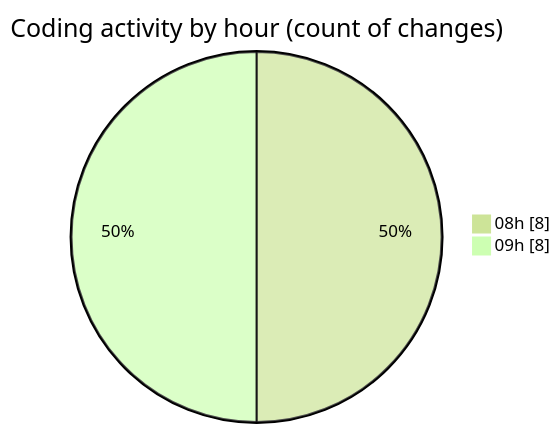
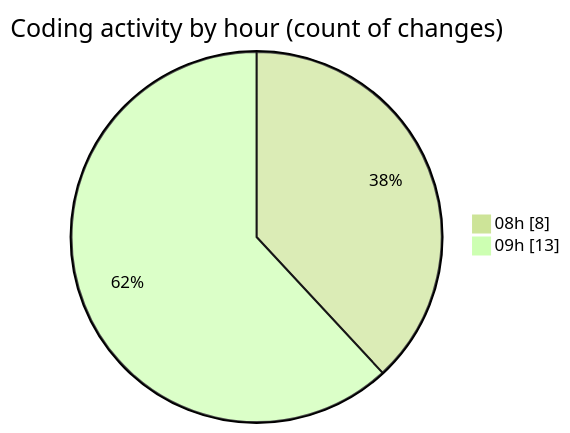
One commit to robertbonfada/code-tracking changed the second of 2 diagrams in 2025-03-17/lumine-web/README.md. Above: the diagram before and after it, drawn with Mermaid (forest theme). The commit also changed other lines of this file and 1 other file, not shown here.

````diff
--- a/2025-03-17/lumine-web/README.md
+++ b/2025-03-17/lumine-web/README.md
@@ -34,6 +35,6 @@
 ```mermaid
 pie showData
 title Coding activity by hour (count of changes)
 "08h" : 8
-"09h" : 8
+"09h" : 13
 ```
````
